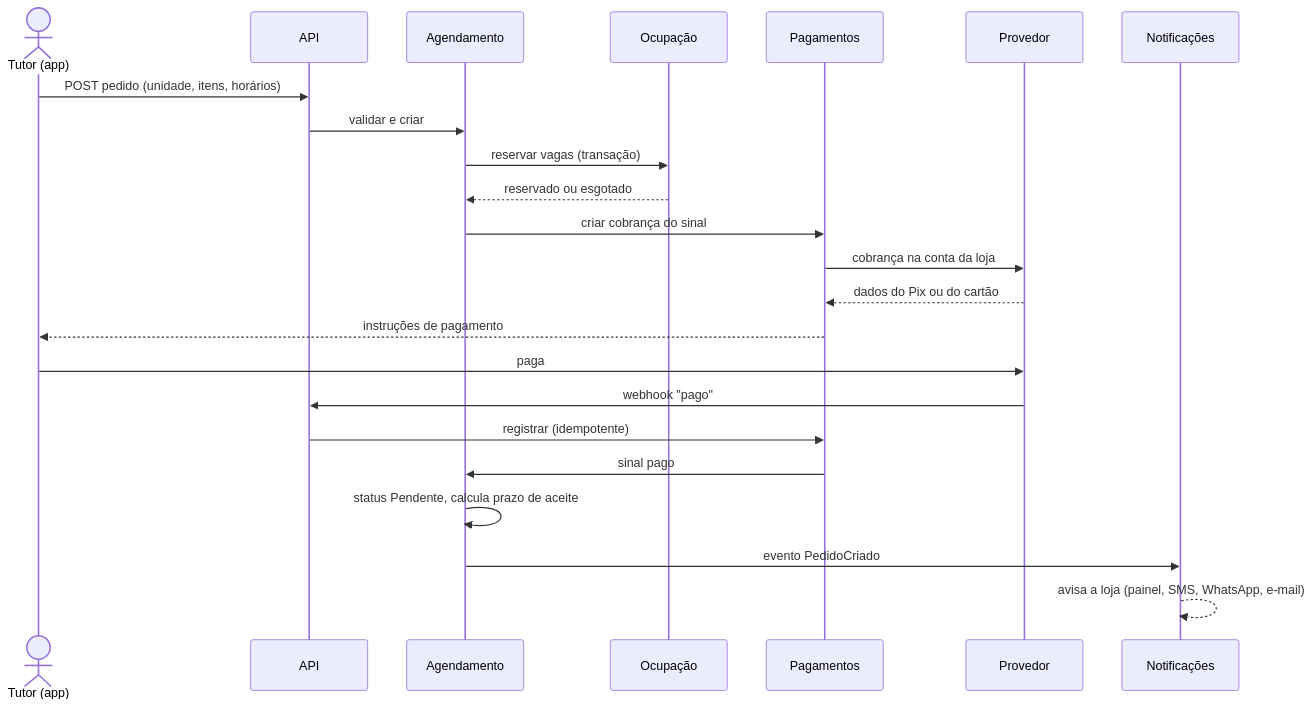
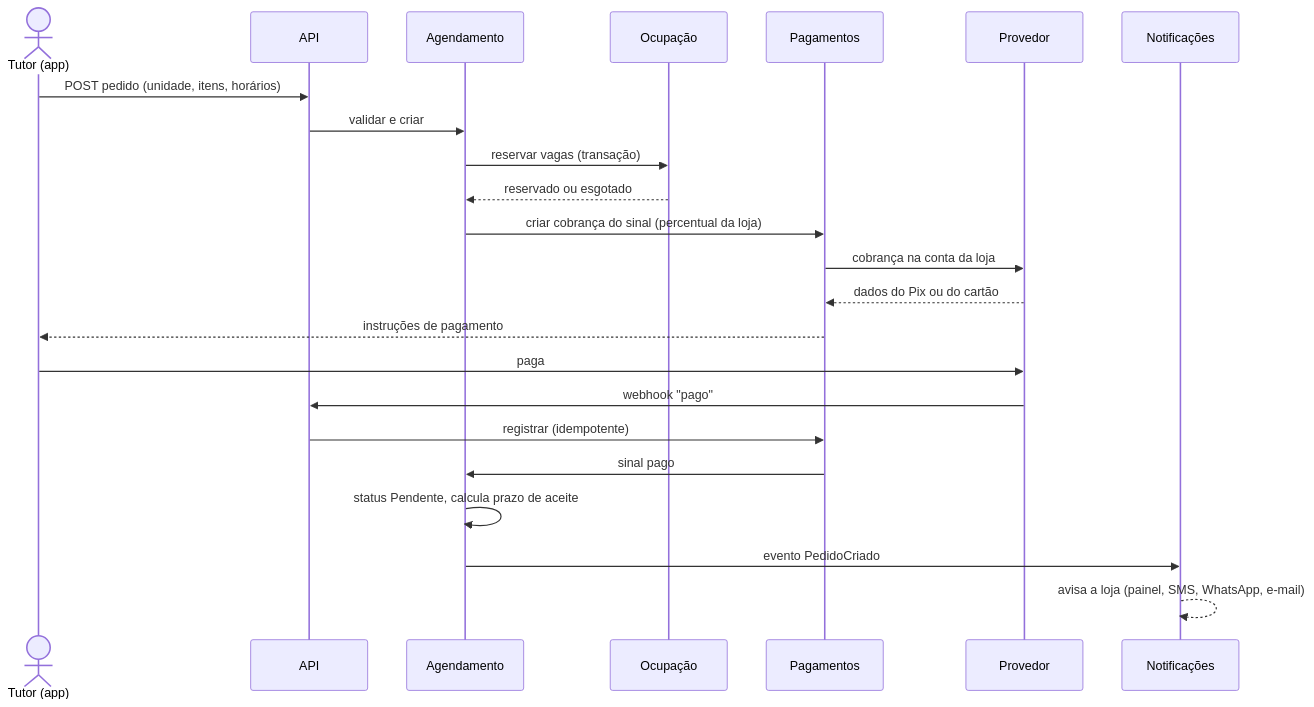
One commit to GabrielVogado/pet-shop changed the third of 8 diagrams in Documentos/02-arquitetura-tecnica/Diagramas-de-Engenharia-v2.0.md. Above: the diagram before and after it, drawn with Mermaid. The commit also changed other lines of this file and 6 other files, not shown here.

Commit message:
docs: sinal e multa definidos pela loja (RN-56 a RN-58)

````diff
--- a/Documentos/02-arquitetura-tecnica/Diagramas-de-Engenharia-v2.0.md
+++ b/Documentos/02-arquitetura-tecnica/Diagramas-de-Engenharia-v2.0.md
@@ -79,26 +94,26 @@
 ```mermaid
 sequenceDiagram
   actor T as Tutor (app)
   participant A as API
   participant G as Agendamento
   participant O as Ocupação
   participant P as Pagamentos
   participant PR as Provedor
   participant N as Notificações
 
   T->>A: POST pedido (unidade, itens, horários)
   A->>G: validar e criar
   G->>O: reservar vagas (transação)
   O-->>G: reservado ou esgotado
-  G->>P: criar cobrança do sinal
+  G->>P: criar cobrança do sinal (percentual da loja)
   P->>PR: cobrança na conta da loja
   PR-->>P: dados do Pix ou do cartão
   P-->>T: instruções de pagamento
   T->>PR: paga
   PR->>A: webhook "pago"
   A->>P: registrar (idempotente)
   P->>G: sinal pago
   G->>G: status Pendente, calcula prazo de aceite
   G->>N: evento PedidoCriado
   N-->>N: avisa a loja (painel, SMS, WhatsApp, e-mail)
 ```
````
